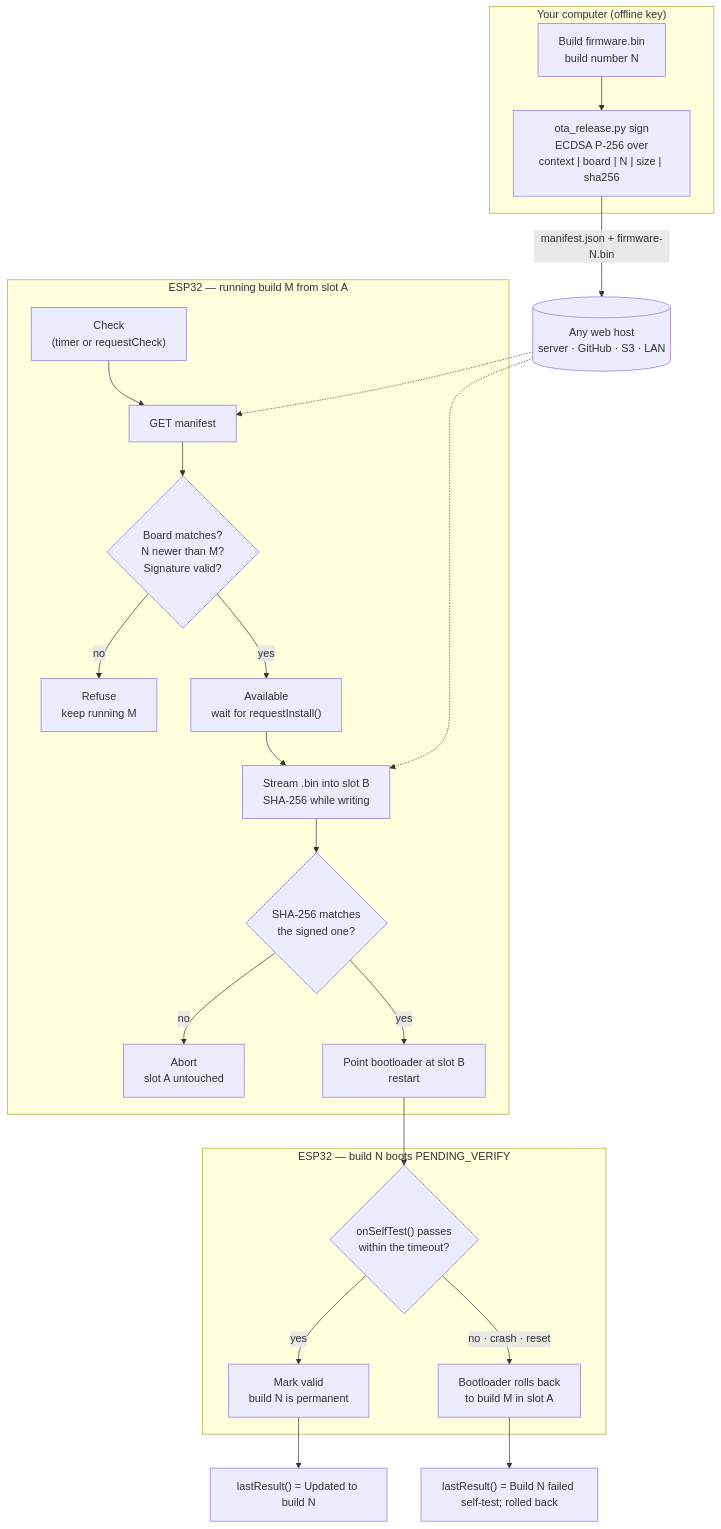
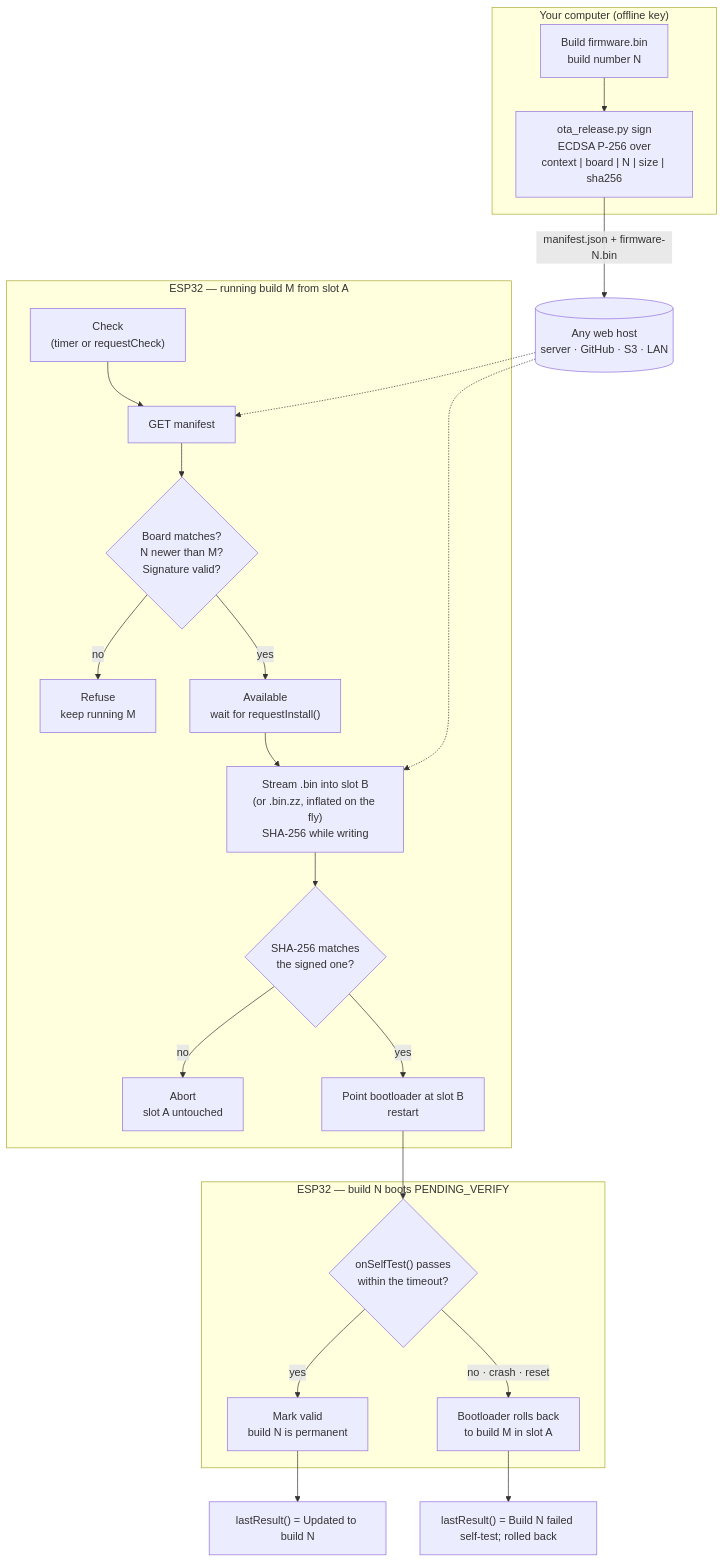
One commit to mabbott2011/SKL-OTA changed the diagram in README.md. Above: the diagram before and after it, drawn with Mermaid. The commit also changed other lines of this file and 10 other files, not shown here.

````diff
--- a/README.md
+++ b/README.md
@@ -21,29 +43,29 @@
 ```mermaid
 flowchart TD
     subgraph PC["Your computer (offline key)"]
         B["Build firmware.bin<br/>build number N"] --> S["ota_release.py sign<br/>ECDSA P-256 over<br/>context | board | N | size | sha256"]
     end
     S -->|"manifest.json + firmware-N.bin"| H[("Any web host<br/>server · GitHub · S3 · LAN")]
 
     subgraph DEV["ESP32 — running build M from slot A"]
         C["Check<br/>(timer or requestCheck)"] --> M["GET manifest"]
         M --> V{"Board matches?<br/>N newer than M?<br/>Signature valid?"}
         V -->|no| R1["Refuse<br/>keep running M"]
         V -->|yes| O["Available<br/>wait for requestInstall()"]
-        O --> D["Stream .bin into slot B<br/>SHA-256 while writing"]
+        O --> D["Stream .bin into slot B<br/>(or .bin.zz, inflated on the fly)<br/>SHA-256 while writing"]
         D --> HS{"SHA-256 matches<br/>the signed one?"}
         HS -->|no| R2["Abort<br/>slot A untouched"]
         HS -->|yes| SW["Point bootloader at slot B<br/>restart"]
     end
     H -.-> M
     H -.-> D
 
     subgraph NEW["ESP32 — build N boots PENDING_VERIFY"]
         T{"onSelfTest() passes<br/>within the timeout?"}
         T -->|yes| K["Mark valid<br/>build N is permanent"]
         T -->|"no · crash · reset"| RB["Bootloader rolls back<br/>to build M in slot A"]
     end
     SW --> T
     K --> REP["lastResult() = Updated to build N"]
     RB --> REP2["lastResult() = Build N failed self-test; rolled back"]
 ```
````
